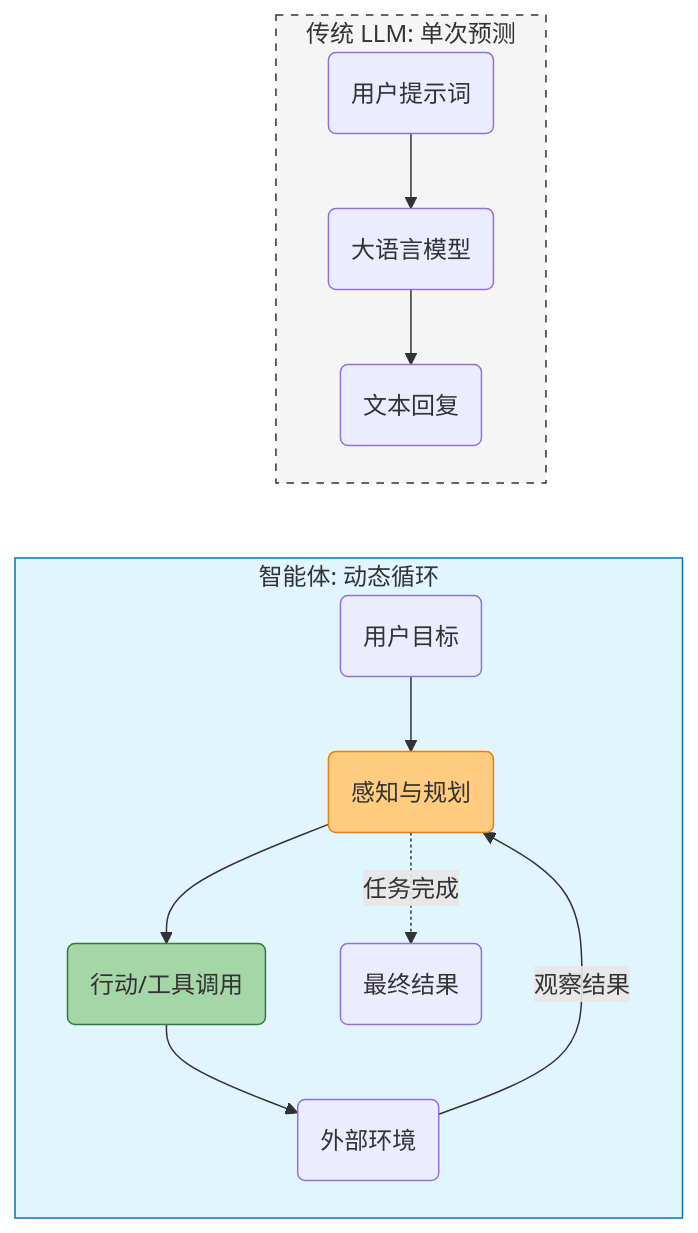
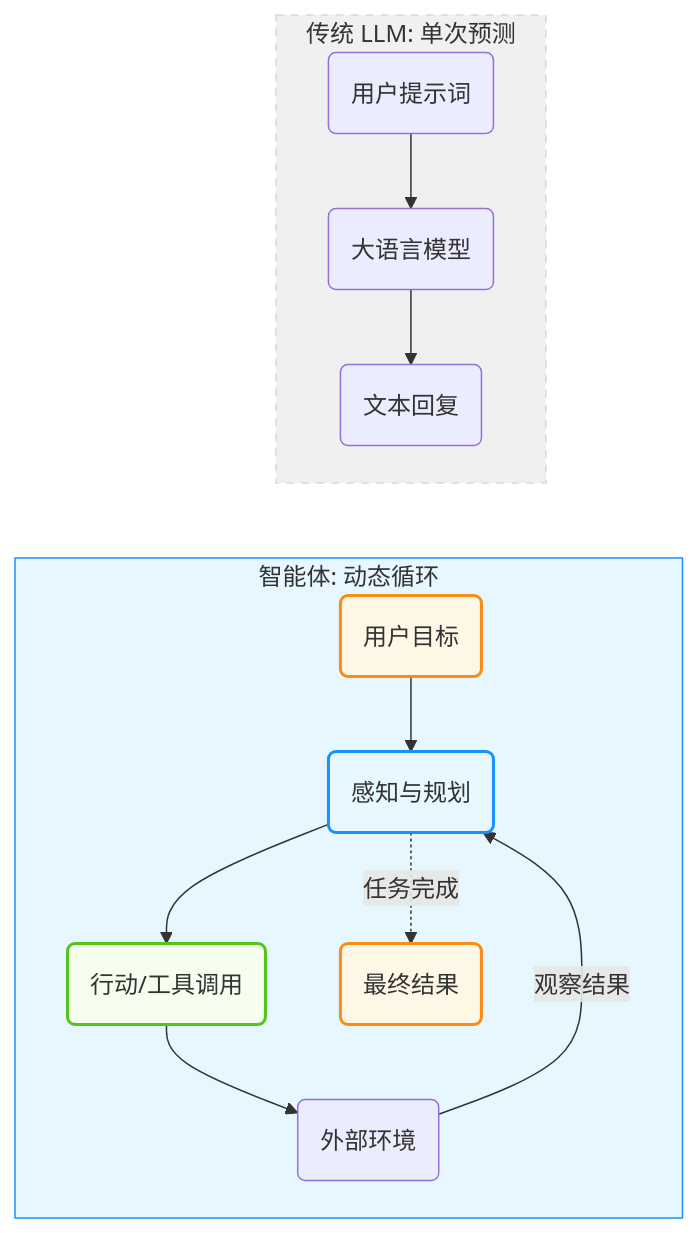
Before and after one commit to yeasy/agentic_ai_guide: the diagram in 01_paradigm/1.1_shift.md, drawn with Mermaid. The commit also changed 36 other files, not shown here.

````diff
--- a/01_paradigm/1.1_shift.md
+++ b/01_paradigm/1.1_shift.md
@@ -11,24 +11,30 @@
 ```mermaid
 graph TD
     subgraph Traditional_LLM [传统 LLM: 单次预测]
         Input(用户提示词) --> Model(大语言模型)
         Model --> Output(文本回复)
     end
 
     subgraph Agentic_AI [智能体: 动态循环]
         Goal(用户目标) --> Plan(感知与规划)
         Plan --> Action(行动/工具调用)
         Action --> Env(外部环境)
         Env -- 观察结果 --> Plan
         Plan -. 任务完成 .-> Result(最终结果)
     end
 
-    %% 样式美化
-    style Traditional_LLM fill:#f5f5f5,stroke:#333,stroke-dasharray: 5 5
-    style Agentic_AI fill:#e1f5fe,stroke:#0277bd
-    style Plan fill:#ffcc80,stroke:#f57c00
-    style Action fill:#a5d6a7,stroke:#2e7d32
+    %% Agentic Design System
+    classDef user fill:#fff7e6,stroke:#fa8c16,stroke-width:2px;
+    classDef agent fill:#e6f7ff,stroke:#1890ff,stroke-width:2px;
+    classDef tool fill:#f6ffed,stroke:#52c41a,stroke-width:2px;
+    classDef system fill:#f0f0f0,stroke:#d9d9d9,stroke-width:2px,stroke-dasharray: 5 5;
+    
+    style Traditional_LLM fill:#f0f0f0,stroke:#d9d9d9,stroke-dasharray: 5 5
+    style Agentic_AI fill:#e6f7ff,stroke:#1890ff
+    class Plan agent;
+    class Action tool;
+    class Goal,Result user;
 
     %% 强制布局：Traditional LLM (Output) 在上，Agentic AI (Goal) 在下
     Output ~~~ Goal
 ```
````
